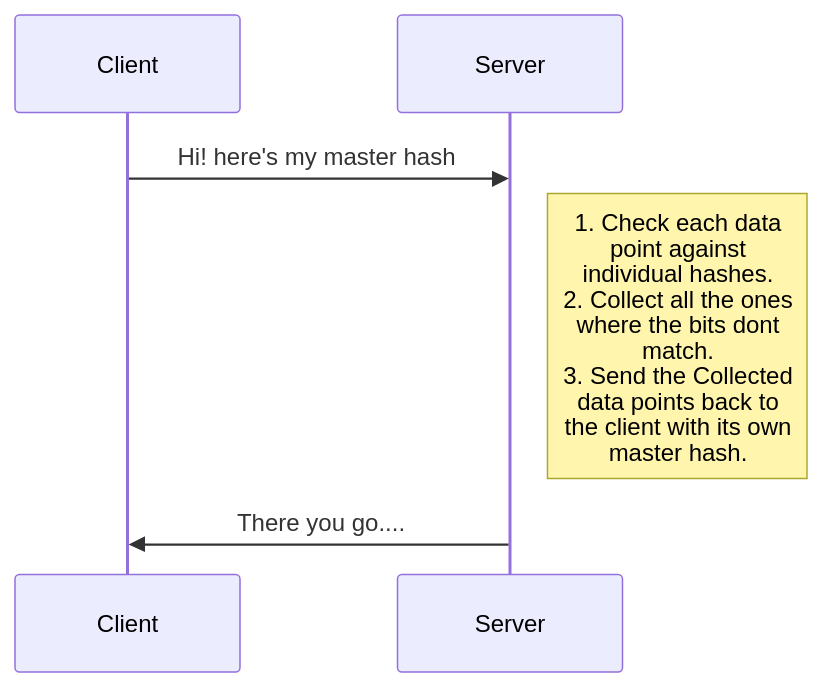
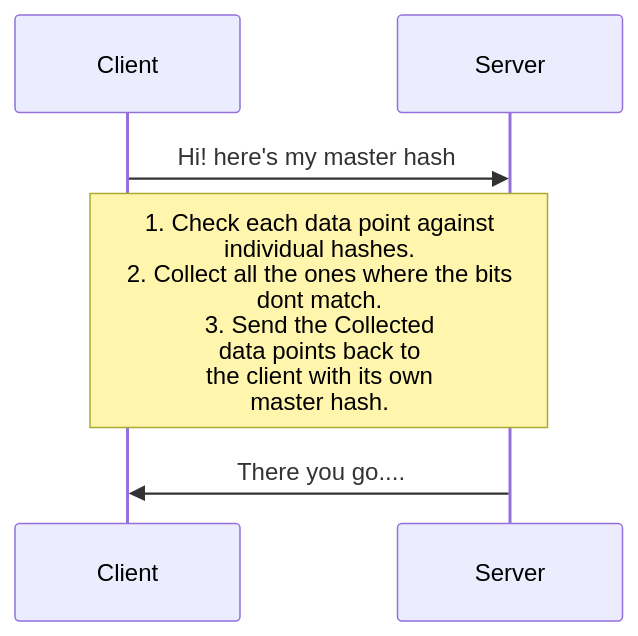
The first of 2 diagrams in drafts/2019-02-05-bloom-filter.md (trshant-sugoi/stackedit), drawn with Mermaid before and after one commit. The commit also changed other lines of this file, not shown here.

Commit message:
drafts/2019-02-05-bloom-filter.md updated from https://stackedit.io/

````diff
--- a/drafts/2019-02-05-bloom-filter.md
+++ b/drafts/2019-02-05-bloom-filter.md
@@ -10,6 +10,6 @@
 ```mermaid
 sequenceDiagram
 Client ->> Server: Hi! here's my master hash
-Note right of Server: 1. Check each data <br/>point against <br/>individual hashes.<br/>2. Collect all the ones<br/> where the bits dont <br/>match.<br/>3. Send the Collected<br/> data points back to <br/>the client with its own<br/> master hash.
+Note over Server,Client: 1. Check each data point against <br/>individual hashes.<br/>2. Collect all the ones where the bits<br/> dont match.<br/>3. Send the Collected<br/> data points back to <br/>the client with its own<br/> master hash.
 Server ->> Client: There you go....
 ```
````
